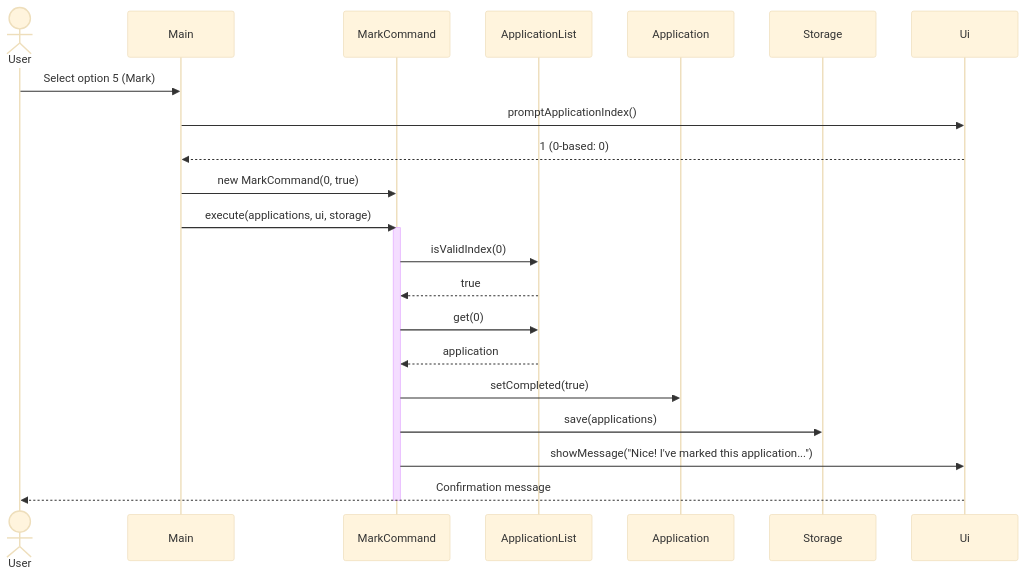
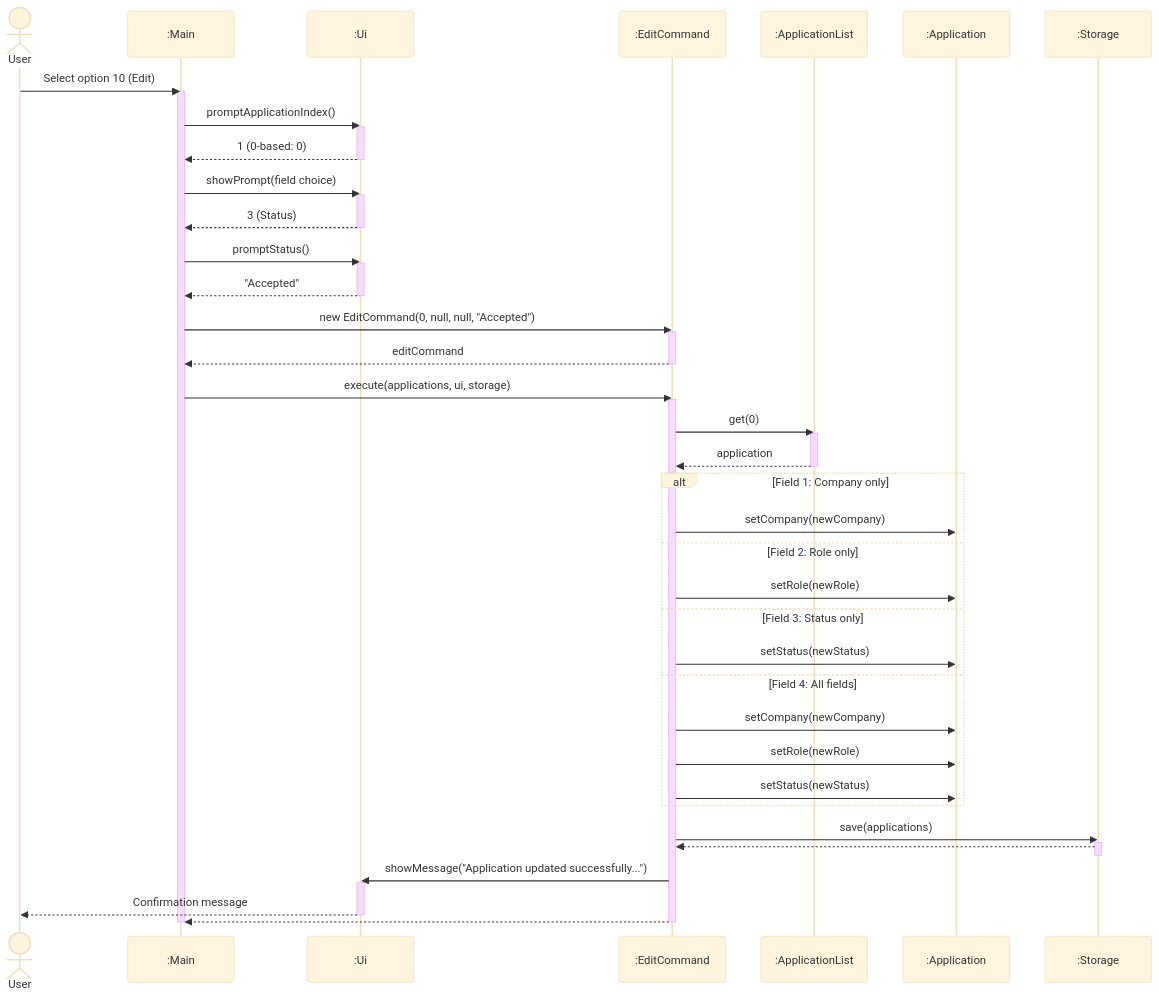
Diagram 11 of 19 in docs/DeveloperGuide.md (AY2627S1-CS2113-T10-2/tp), drawn with Mermaid (base theme) before and after one commit. The commit also changed other lines of this file, not shown here.

First line of the commit message:
docs: overhaul DeveloperGuide diagrams and fix rich display error

````diff
--- a/docs/DeveloperGuide.md
+++ b/docs/DeveloperGuide.md
@@ -284,25 +788,59 @@
 ```mermaid
 sequenceDiagram
-    actor User
-    participant Main
-    participant MarkCommand
-    participant ApplicationList
-    participant Application
-    participant Storage
-    participant Ui
-    User->>Main: Select option 5 (Mark)
-    Main->>Ui: promptApplicationIndex()
-    Ui-->>Main: 1 (0-based: 0)
-    Main->>MarkCommand: new MarkCommand(0, true)
-    Main->>MarkCommand: execute(applications, ui, storage)
-    activate MarkCommand
-    MarkCommand->>ApplicationList: isValidIndex(0)
-    ApplicationList-->>MarkCommand: true
-    MarkCommand->>ApplicationList: get(0)
-    ApplicationList-->>MarkCommand: application
-    MarkCommand->>Application: setCompleted(true)
-    MarkCommand->>Storage: save(applications)
-    MarkCommand->>Ui: showMessage("Nice! I've marked this application...")
-    Ui-->>User: Confirmation message
-    deactivate MarkCommand
+    actor user as User
+    participant main as :Main
+    participant ui as :Ui
+    participant cmd as :EditCommand
+    participant list as :ApplicationList
+    participant app as :Application
+    participant storage as :Storage
+
+    user->>main: Select option 10 (Edit)
+    activate main
+    main->>ui: promptApplicationIndex()
+    activate ui
+    ui-->>main: 1 (0-based: 0)
+    deactivate ui
+    main->>ui: showPrompt(field choice)
+    activate ui
+    ui-->>main: 3 (Status)
+    deactivate ui
+    main->>ui: promptStatus()
+    activate ui
+    ui-->>main: "Accepted"
+    deactivate ui
+    main->>cmd: new EditCommand(0, null, null, "Accepted")
+    activate cmd
+    cmd-->>main: editCommand
+    deactivate cmd
+    main->>cmd: execute(applications, ui, storage)
+    activate cmd
+    cmd->>list: get(0)
+    activate list
+    list-->>cmd: application
+    deactivate list
+
+    alt Field 1: Company only
+        cmd->>app: setCompany(newCompany)
+    else Field 2: Role only
+        cmd->>app: setRole(newRole)
+    else Field 3: Status only
+        cmd->>app: setStatus(newStatus)
+    else Field 4: All fields
+        cmd->>app: setCompany(newCompany)
+        cmd->>app: setRole(newRole)
+        cmd->>app: setStatus(newStatus)
+    end
+
+    cmd->>storage: save(applications)
+    activate storage
+    storage-->>cmd: 
+    deactivate storage
+    cmd->>ui: showMessage("Application updated successfully...")
+    activate ui
+    ui-->>user: Confirmation message
+    deactivate ui
+    cmd-->>main: 
+    deactivate cmd
+    deactivate main
 ```
````
